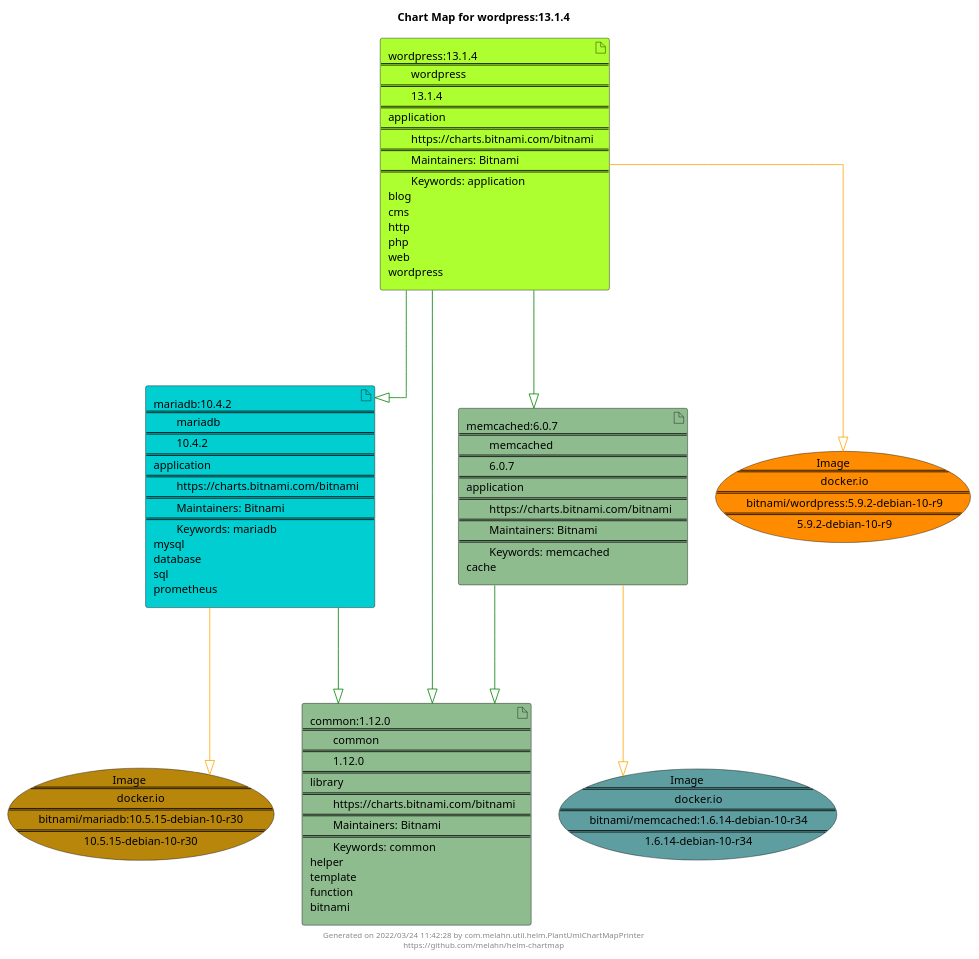
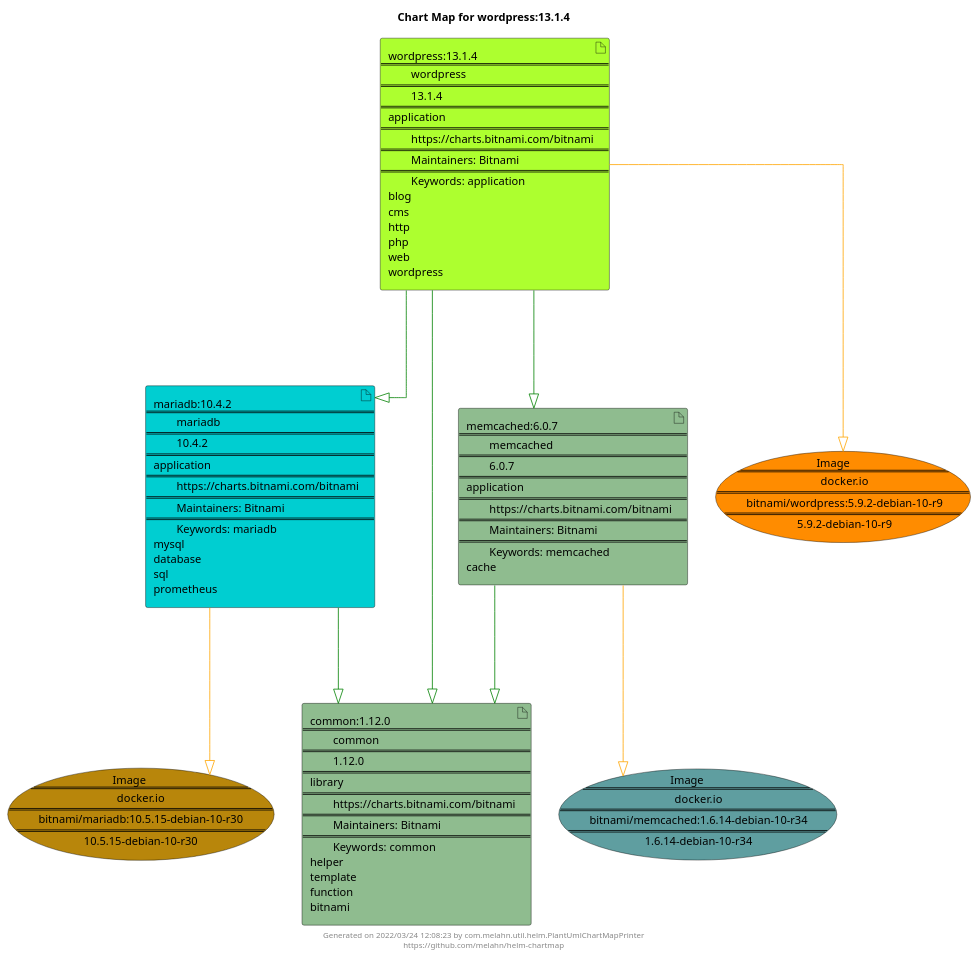
One commit to melahn/helm-chartmap changed the diagram in docs/wordpress/wordpress-13.1.4.puml. Above: the diagram before and after it, drawn with PlantUML. The commit also changed 51 other files, not shown here.

Commit message:
Update Example Chart Maps as part of GitHub build

```diff
--- a/docs/wordpress/wordpress-13.1.4.puml
+++ b/docs/wordpress/wordpress-13.1.4.puml
@@ -1,33 +1,33 @@
 @startuml
 skinparam linetype ortho
 skinparam backgroundColor white
 skinparam usecaseBorderColor black
 skinparam usecaseArrowColor LightSlateGray
 skinparam artifactBorderColor black
 skinparam artifactArrowColor LightSlateGray
 
 title Chart Map for wordpress:13.1.4
 
 'There are 4 referenced Helm Charts
 artifact "wordpress:13.1.4\n====\n\twordpress\n====\n\t13.1.4\n====\napplication\n====\n\thttps://charts.bitnami.com/bitnami\n====\n\tMaintainers: Bitnami\n====\n\tKeywords: application\nblog\ncms\nhttp\nphp\nweb\nwordpress" as wordpress_13_1_4 #GreenYellow
 artifact "mariadb:10.4.2\n====\n\tmariadb\n====\n\t10.4.2\n====\napplication\n====\n\thttps://charts.bitnami.com/bitnami\n====\n\tMaintainers: Bitnami\n====\n\tKeywords: mariadb\nmysql\ndatabase\nsql\nprometheus" as mariadb_10_4_2 #DarkTurquoise
 artifact "memcached:6.0.7\n====\n\tmemcached\n====\n\t6.0.7\n====\napplication\n====\n\thttps://charts.bitnami.com/bitnami\n====\n\tMaintainers: Bitnami\n====\n\tKeywords: memcached\ncache" as memcached_6_0_7 #DarkSeaGreen
 artifact "common:1.12.0\n====\n\tcommon\n====\n\t1.12.0\n====\nlibrary\n====\n\thttps://charts.bitnami.com/bitnami\n====\n\tMaintainers: Bitnami\n====\n\tKeywords: common\nhelper\ntemplate\nfunction\nbitnami" as common_1_12_0 #DarkSeaGreen
 
 'There are 3 referenced Docker Images
 usecase "Image\n====\n\tdocker.io\n====\n\tbitnami/mariadb:10.5.15-debian-10-r30\n====\n\t10.5.15-debian-10-r30" as docker_io_bitnami_mariadb_10_5_15_debian_10_r30 #DarkGoldenRod
 usecase "Image\n====\n\tdocker.io\n====\n\tbitnami/memcached:1.6.14-debian-10-r34\n====\n\t1.6.14-debian-10-r34" as docker_io_bitnami_memcached_1_6_14_debian_10_r34 #CadetBlue
 usecase "Image\n====\n\tdocker.io\n====\n\tbitnami/wordpress:5.9.2-debian-10-r9\n====\n\t5.9.2-debian-10-r9" as docker_io_bitnami_wordpress_5_9_2_debian_10_r9 #Darkorange
 
 'Chart Dependencies
 wordpress_13_1_4--[#green]-|>common_1_12_0
 wordpress_13_1_4--[#green]-|>mariadb_10_4_2
 mariadb_10_4_2--[#green]-|>common_1_12_0
 wordpress_13_1_4--[#green]-|>memcached_6_0_7
 memcached_6_0_7--[#green]-|>common_1_12_0
 wordpress_13_1_4--[#orange]-|>docker_io_bitnami_wordpress_5_9_2_debian_10_r9
 mariadb_10_4_2--[#orange]-|>docker_io_bitnami_mariadb_10_5_15_debian_10_r30
 memcached_6_0_7--[#orange]-|>docker_io_bitnami_memcached_1_6_14_debian_10_r34
 
-center footer Generated on 2022/03/24 11:42:28 by com.melahn.util.helm.PlantUmlChartMapPrinter\nhttps://github.com/melahn/helm-chartmap
+center footer Generated on 2022/03/24 12:08:23 by com.melahn.util.helm.PlantUmlChartMapPrinter\nhttps://github.com/melahn/helm-chartmap
 @enduml
```
